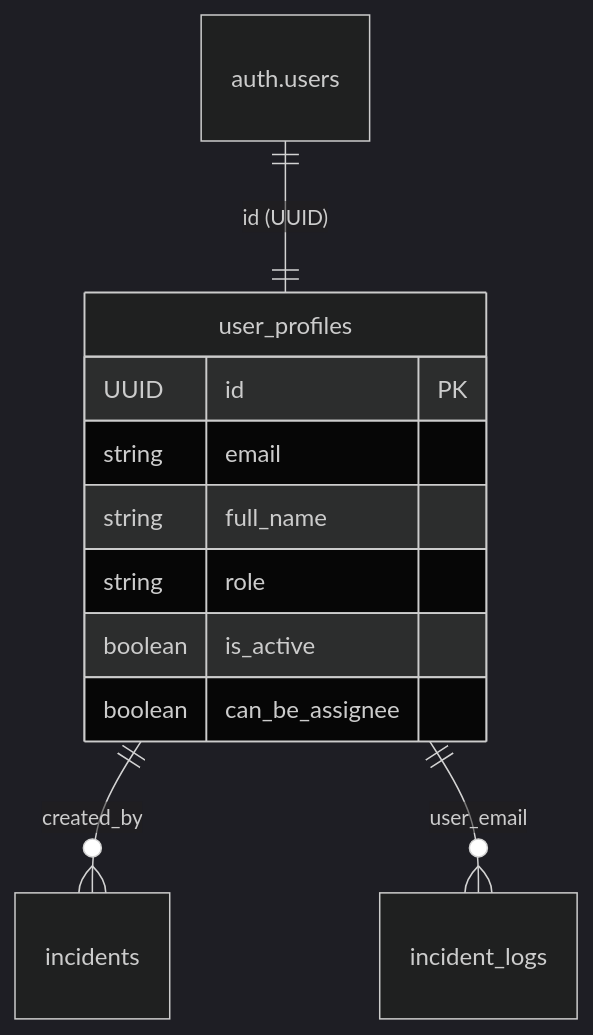
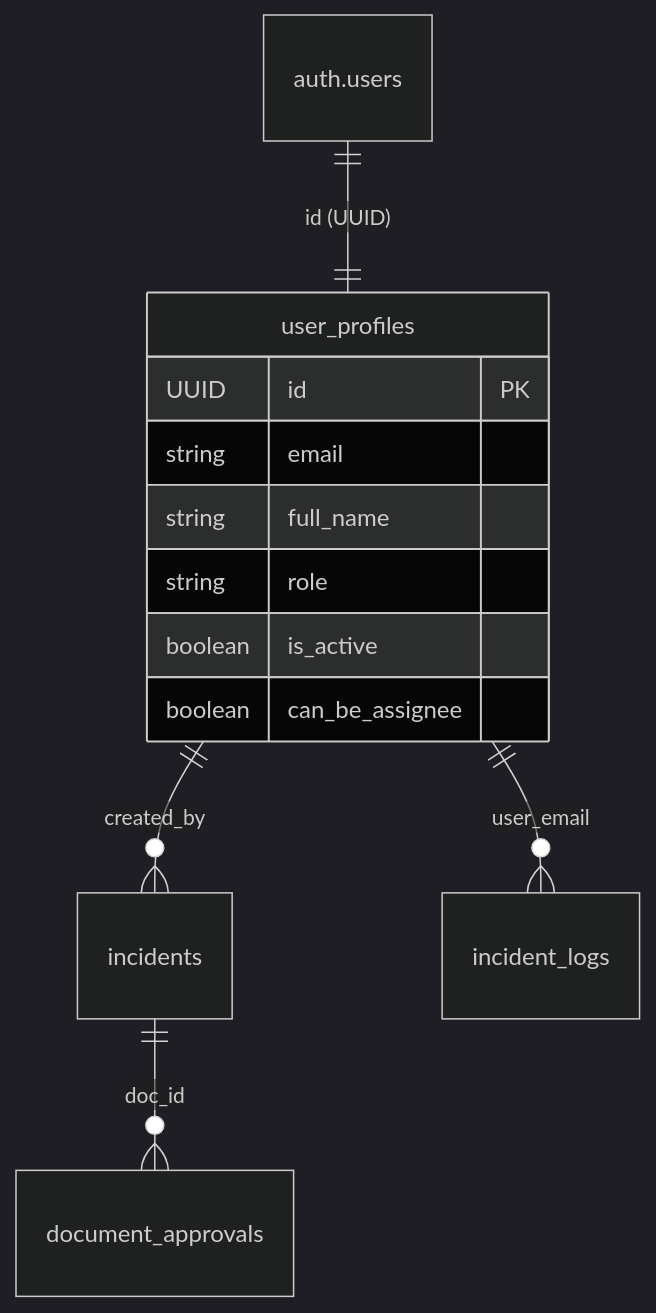
The diagram in docs/architecture/DATABASE_AND_FLOW.md (dowa-tht/it-management), drawn with Mermaid (dark theme) before and after one commit. The commit also changed other lines of this file and 3 other files, not shown here.

Commit message:
fix: align incident schema with database standards and resolve reported_by_id error

````diff
--- a/docs/architecture/DATABASE_AND_FLOW.md
+++ b/docs/architecture/DATABASE_AND_FLOW.md
@@ -18,14 +18,15 @@
 ```mermaid
 erDiagram
     "auth.users" ||--|| "user_profiles" : "id (UUID)"
     "user_profiles" {
         UUID id PK
         string email
         string full_name
         string role
         boolean is_active
         boolean can_be_assignee
     }
     "user_profiles" ||--o{ "incidents" : "created_by"
     "user_profiles" ||--o{ "incident_logs" : "user_email"
+    "incidents" ||--o{ "document_approvals" : "doc_id"
 ```
````
